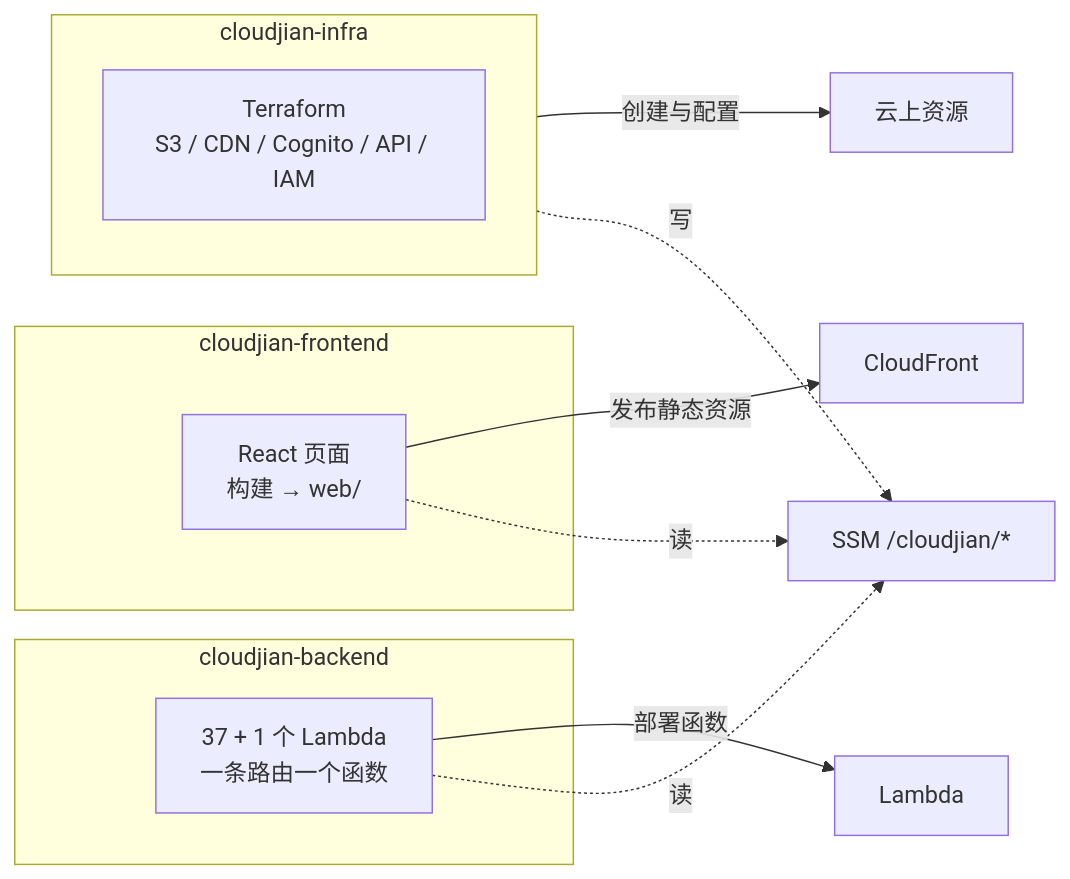
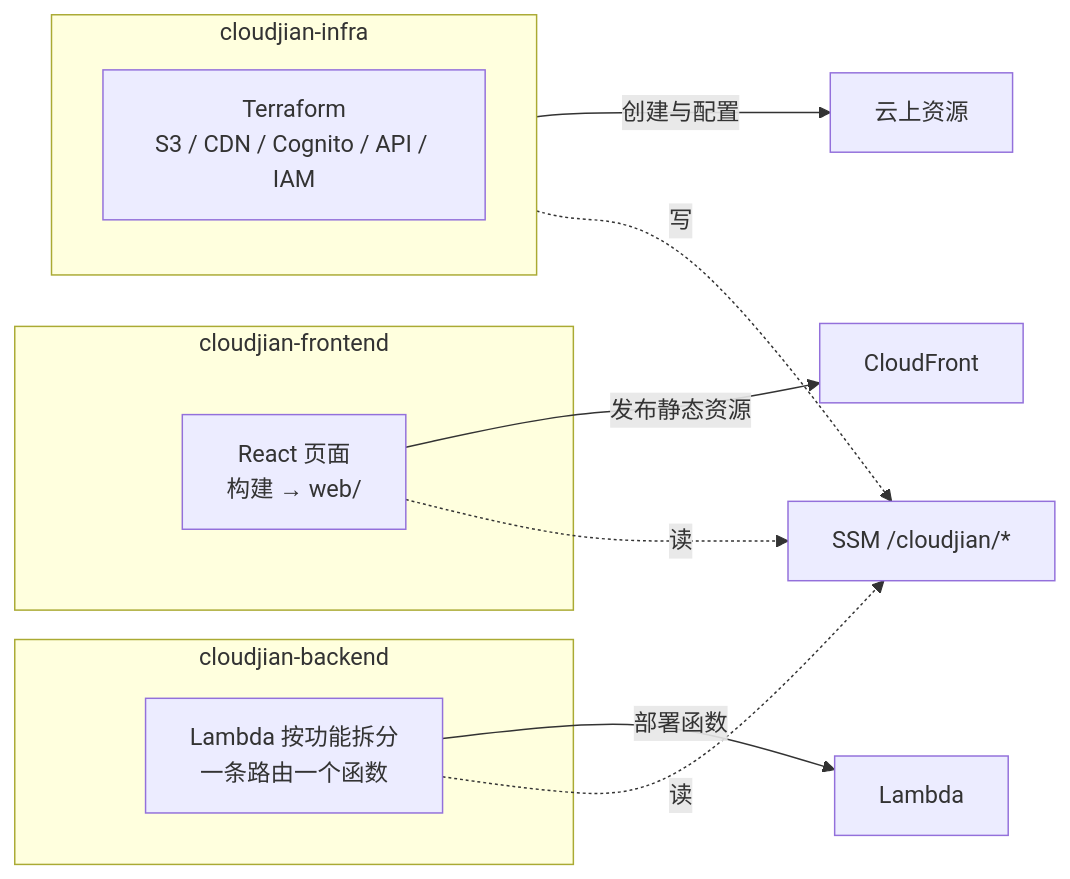
One commit to tengsihai/cloudjian_infra changed the ninth of 9 diagrams in docs/新人文档/02-技术架构.md. Above: the diagram before and after it, drawn with Mermaid. The commit also changed other lines of this file and 26 other files, not shown here.

````diff
--- a/docs/新人文档/02-技术架构.md
+++ b/docs/新人文档/02-技术架构.md
@@ -355,19 +344,19 @@
 ```mermaid
 flowchart LR
   subgraph FE["cloudjian-frontend"]
     F1["React 页面<br/>构建 → web/"]
   end
   subgraph BE["cloudjian-backend"]
-    B1["37 + 1 个 Lambda<br/>一条路由一个函数"]
+    B1["Lambda 按功能拆分<br/>一条路由一个函数"]
   end
   subgraph INF["cloudjian-infra"]
     I1["Terraform<br/>S3 / CDN / Cognito / API / IAM"]
   end
 
   F1 -->|"发布静态资源"| CF["CloudFront"]
   B1 -->|"部署函数"| L["Lambda"]
   INF -->|"创建与配置"| All["云上资源"]
   F1 -.->|"读"| SSM["SSM /cloudjian/*"]
   B1 -.->|"读"| SSM
   INF -.->|"写"| SSM
 ```
````
